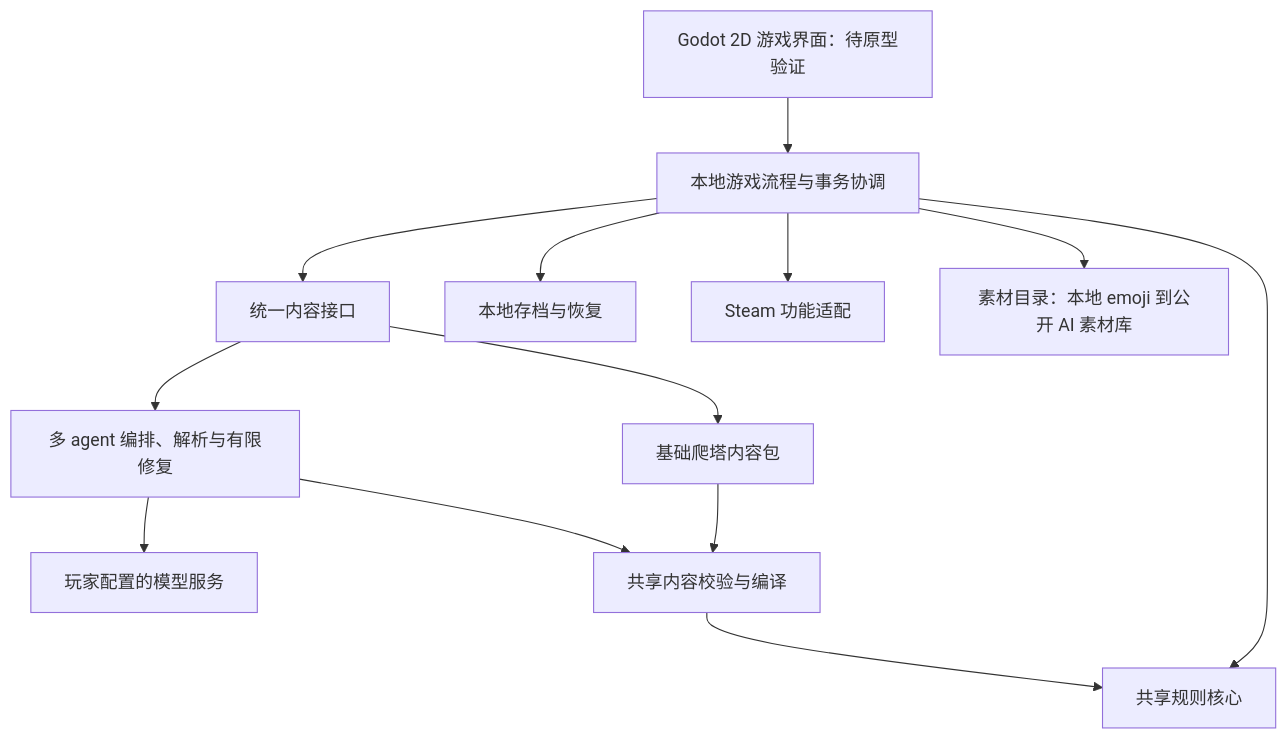
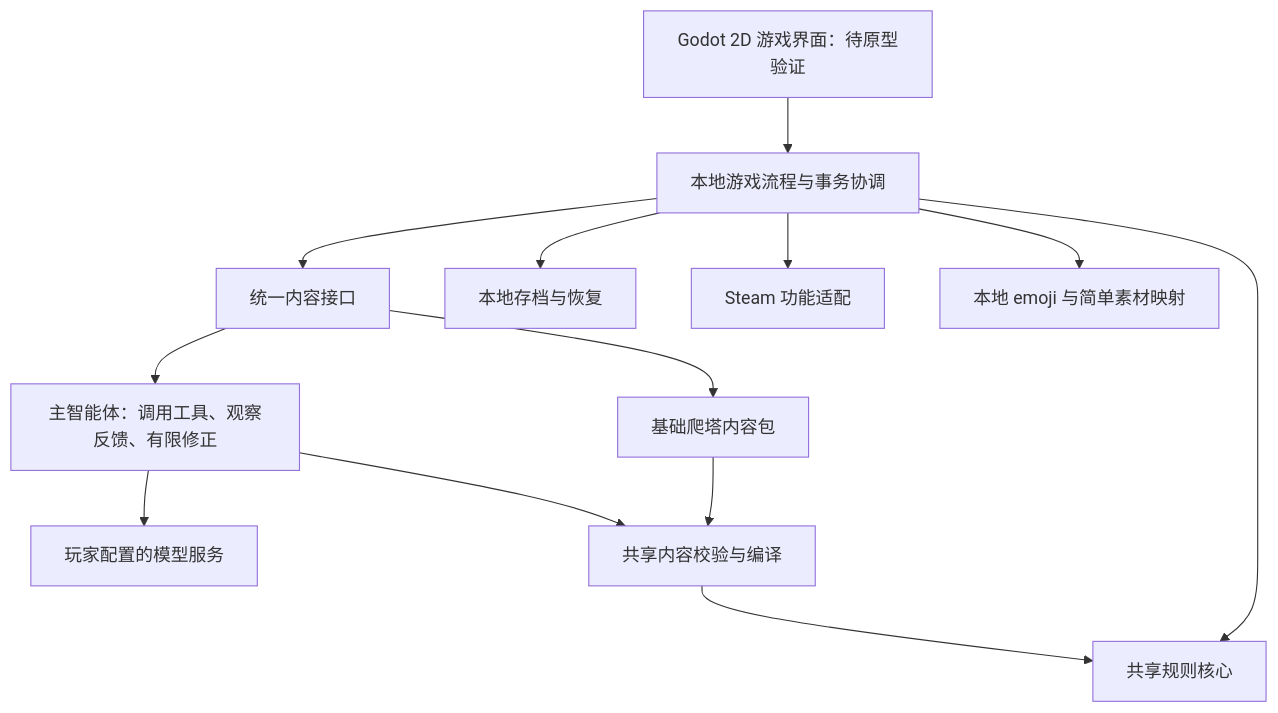
Before and after one commit to HolyFishhh/magic-girl-world: the diagram in docs/design/standalone-steam-roadmap.md, drawn with Mermaid. The commit also changed other lines of this file and 1 other file, not shown here.

Commit message:
docs: clarify tool-using game agent and preserve current battle art

````diff
--- a/docs/design/standalone-steam-roadmap.md
+++ b/docs/design/standalone-steam-roadmap.md
@@ -77,15 +77,15 @@
 ```mermaid
 flowchart TD
     UI[Godot 2D 游戏界面：待原型验证] --> APP[本地游戏流程与事务协调]
     APP --> CORE[共享规则核心]
     APP --> CONTENT[统一内容接口]
     CONTENT --> LOCAL[基础爬塔内容包]
-    CONTENT --> AI[多 agent 编排、解析与有限修复]
+    CONTENT --> AI[主智能体：调用工具、观察反馈、有限修正]
     AI --> MODEL[玩家配置的模型服务]
     LOCAL --> VALIDATE[共享内容校验与编译]
     AI --> VALIDATE
     VALIDATE --> CORE
     APP --> SAVE[本地存档与恢复]
     APP --> STEAM[Steam 功能适配]
-    APP --> ASSET[素材目录：本地 emoji 到公开 AI 素材库]
+    APP --> ASSET[本地 emoji 与简单素材映射]
 ```
````
